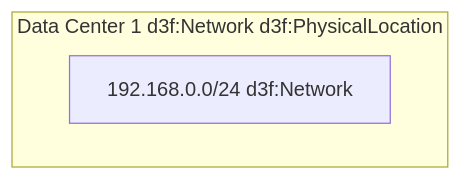
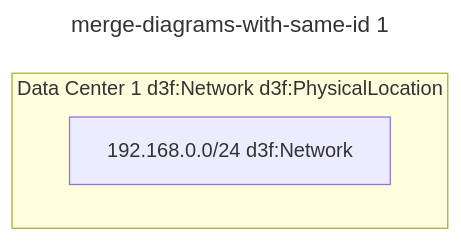
The sixth of 15 diagrams in app/src/data/examples/testcases.md (ioggstream/d3sign), drawn with Mermaid before and after one commit. The commit also changed other lines of this file and 8 other files, not shown here.

Commit message:
Fix: #6. Diagram titles.

````diff
--- a/app/src/data/examples/testcases.md
+++ b/app/src/data/examples/testcases.md
@@ -184,10 +197,11 @@
 ```mermaid
 ---
 id: merge-me
+title: merge-diagrams-with-same-id 1
 ---
 graph
 
 subgraph dc-1[Data Center 1 d3f:Network d3f:PhysicalLocation]
     dc-1-net[192.168.0.0/24 d3f:Network]
 end
 ```
````
